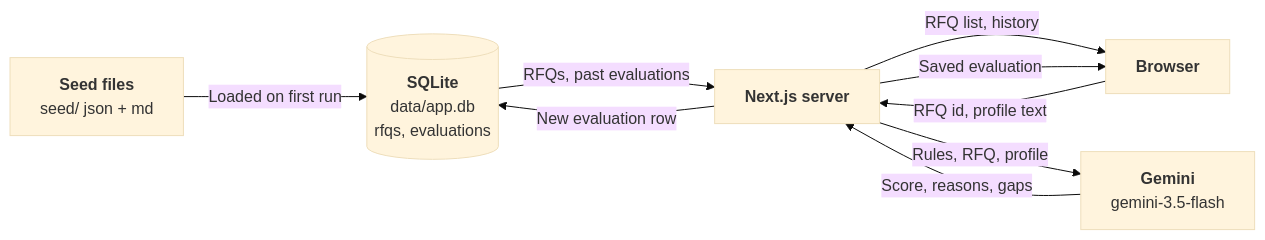
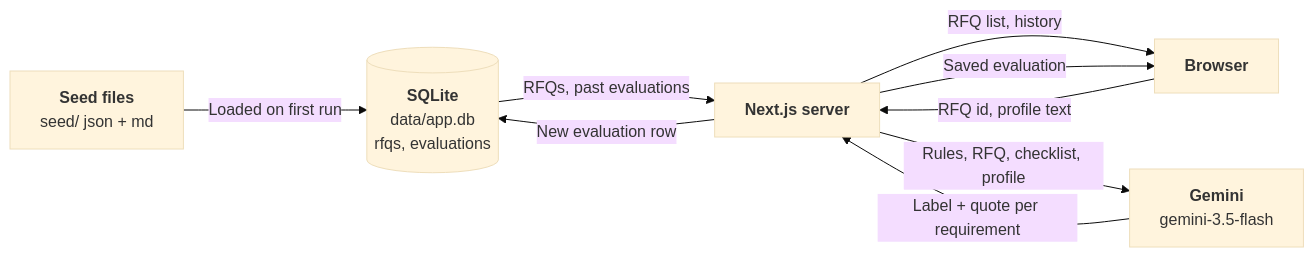
One commit to Pratyush1506/rfq-scorer changed the fourth of 5 diagrams in docs/HOW_IT_WORKS.md. Above: the diagram before and after it, drawn with Mermaid (base theme). The commit also changed other lines of this file and 1 other file, not shown here.

````diff
--- a/docs/HOW_IT_WORKS.md
+++ b/docs/HOW_IT_WORKS.md
@@ -216,17 +219,17 @@
 ```mermaid
 flowchart LR
     SEED["<b>Seed files</b><br/>seed/ json + md"]
     B["<b>Browser</b>"]
     S["<b>Next.js server</b>"]
     D[("<b>SQLite</b><br/>data/app.db<br/>rfqs, evaluations")]
     G["<b>Gemini</b><br/>gemini-3.5-flash"]
 
     SEED -- "Loaded on first run" --> D
     S -- "RFQ list, history" --> B
     B -- "RFQ id, profile text" --> S
     S -- "Saved evaluation" --> B
     D -- "RFQs, past evaluations" --> S
     S -- "New evaluation row" --> D
-    S -- "Rules, RFQ, profile" --> G
-    G -- "Score, reasons, gaps" --> S
+    S -- "Rules, RFQ, checklist, profile" --> G
+    G -- "Label + quote per requirement" --> S
 ```
````
